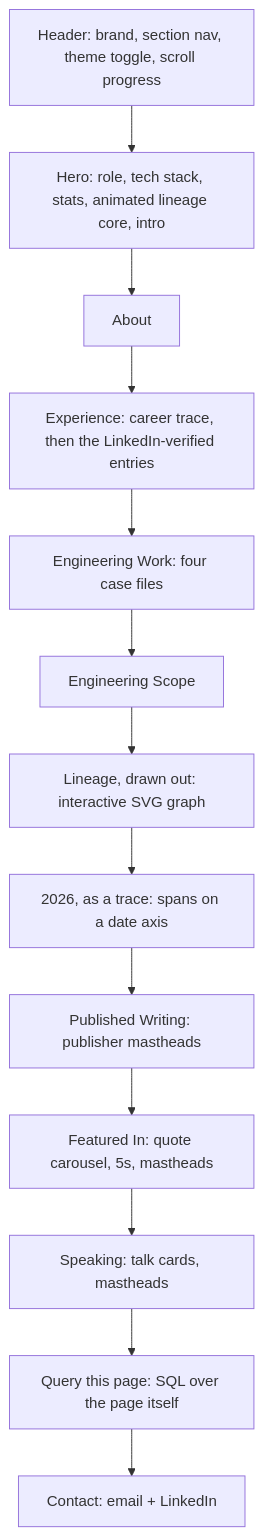
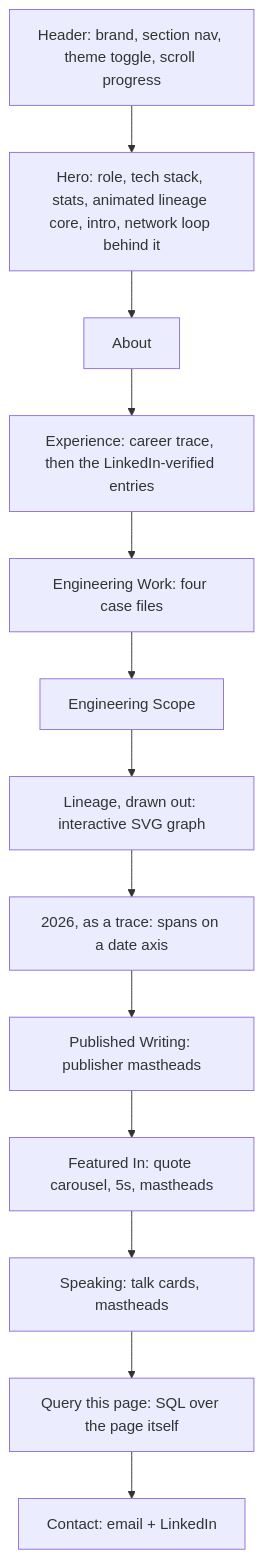
The second of 3 diagrams in README.md (vishuvardhan16/stackhidden.com), drawn with Mermaid before and after one commit. The commit also changed other lines of this file and 4 other files, not shown here.

````diff
--- a/README.md
+++ b/README.md
@@ -84,16 +85,16 @@
 ```mermaid
 flowchart TD
     H["Header: brand, section nav, theme toggle, scroll progress"]
-    H --> Hero["Hero: role, tech stack, stats, animated lineage core, intro"]
+    H --> Hero["Hero: role, tech stack, stats, animated lineage core, intro, network loop behind it"]
     Hero --> About
     About --> Experience["Experience: career trace, then the LinkedIn-verified entries"]
     Experience --> Work["Engineering Work: four case files"]
     Work --> Scope["Engineering Scope"]
     Scope --> Lineage["Lineage, drawn out: interactive SVG graph"]
     Lineage --> Trace["2026, as a trace: spans on a date axis"]
     Trace --> Writing["Published Writing: publisher mastheads"]
     Writing --> Featured["Featured In: quote carousel, 5s, mastheads"]
     Featured --> Speaking["Speaking: talk cards, mastheads"]
     Speaking --> Query["Query this page: SQL over the page itself"]
     Query --> Contact["Contact: email + LinkedIn"]
 ```
````
